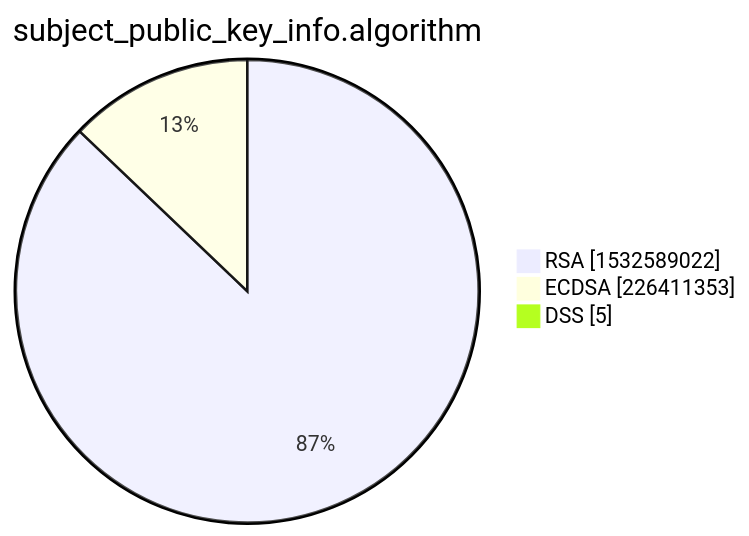
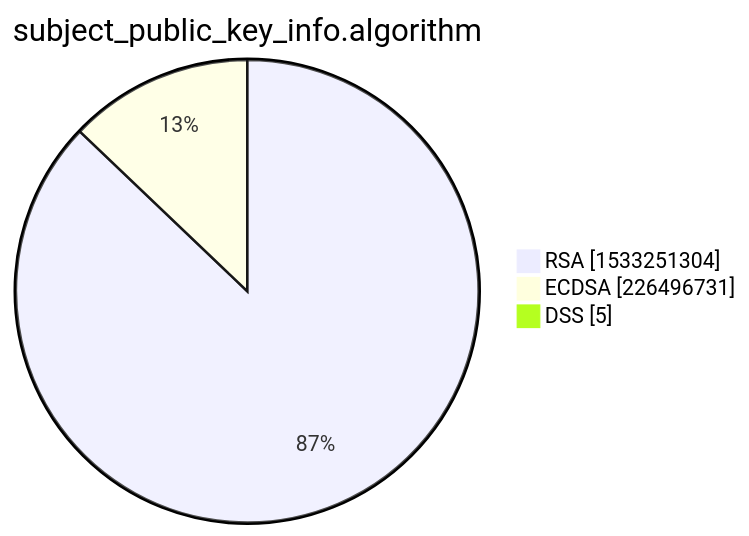
Before and after one commit to christiankrug/ctmonitor_visualization: the third of 15 diagrams in xenon2022/README.md, drawn with Mermaid. The commit also changed other lines of this file, not shown here.

````diff
--- a/xenon2022/README.md
+++ b/xenon2022/README.md
@@ -14,7 +14,7 @@
 ```mermaid
 pie showData
 title subject_public_key_info.algorithm
-"RSA" :1532589022
-"ECDSA" :226411353
+"RSA" :1533251304
+"ECDSA" :226496731
 "DSS" :5
 ```
````
